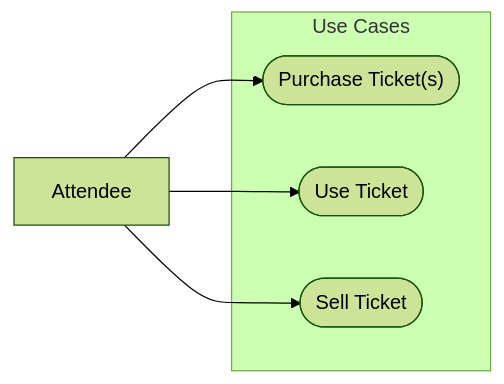
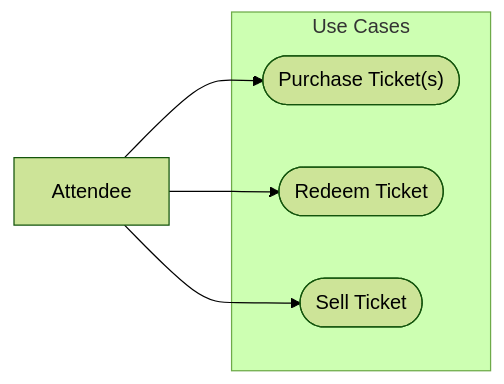
Before and after one commit to openwallet-foundation/architecture-sig: the first of 3 diagrams in docs/use-cases/event-use-case.md, drawn with Mermaid (forest theme). The commit also changed other lines of this file, not shown here.

Commit message:
Redeem Ticket use case

````diff
--- a/docs/use-cases/event-use-case.md
+++ b/docs/use-cases/event-use-case.md
@@ -8,10 +8,10 @@
 ```mermaid
 flowchart LR
   Attendee
   subgraph uc[Use Cases]
     uc1(["Purchase Ticket(s)"])
-    uc2([Use Ticket])
+    uc2([Redeem Ticket])
     uc3([Sell Ticket])
   end
   Attendee-->uc1 & uc2 & uc3
 ```
````
